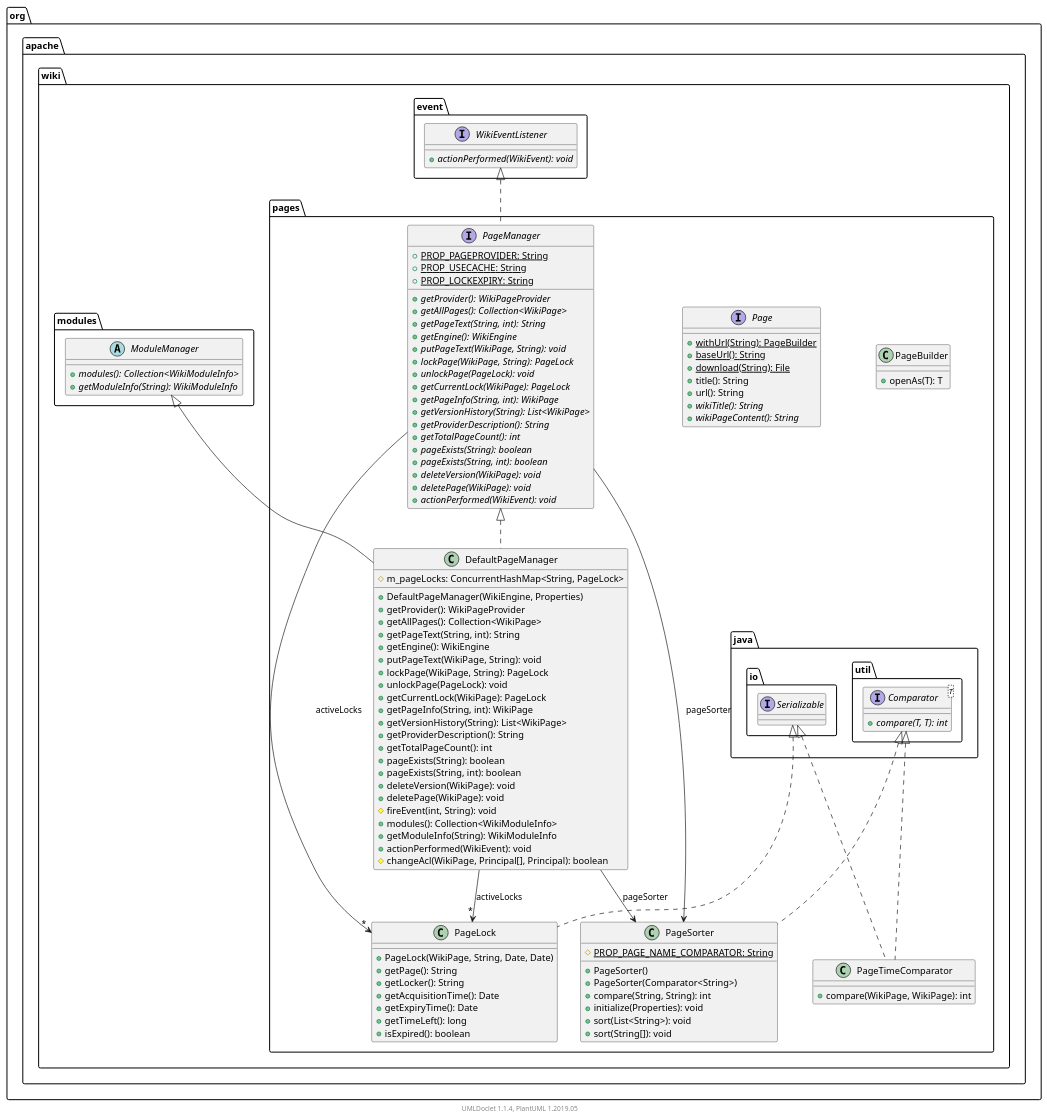
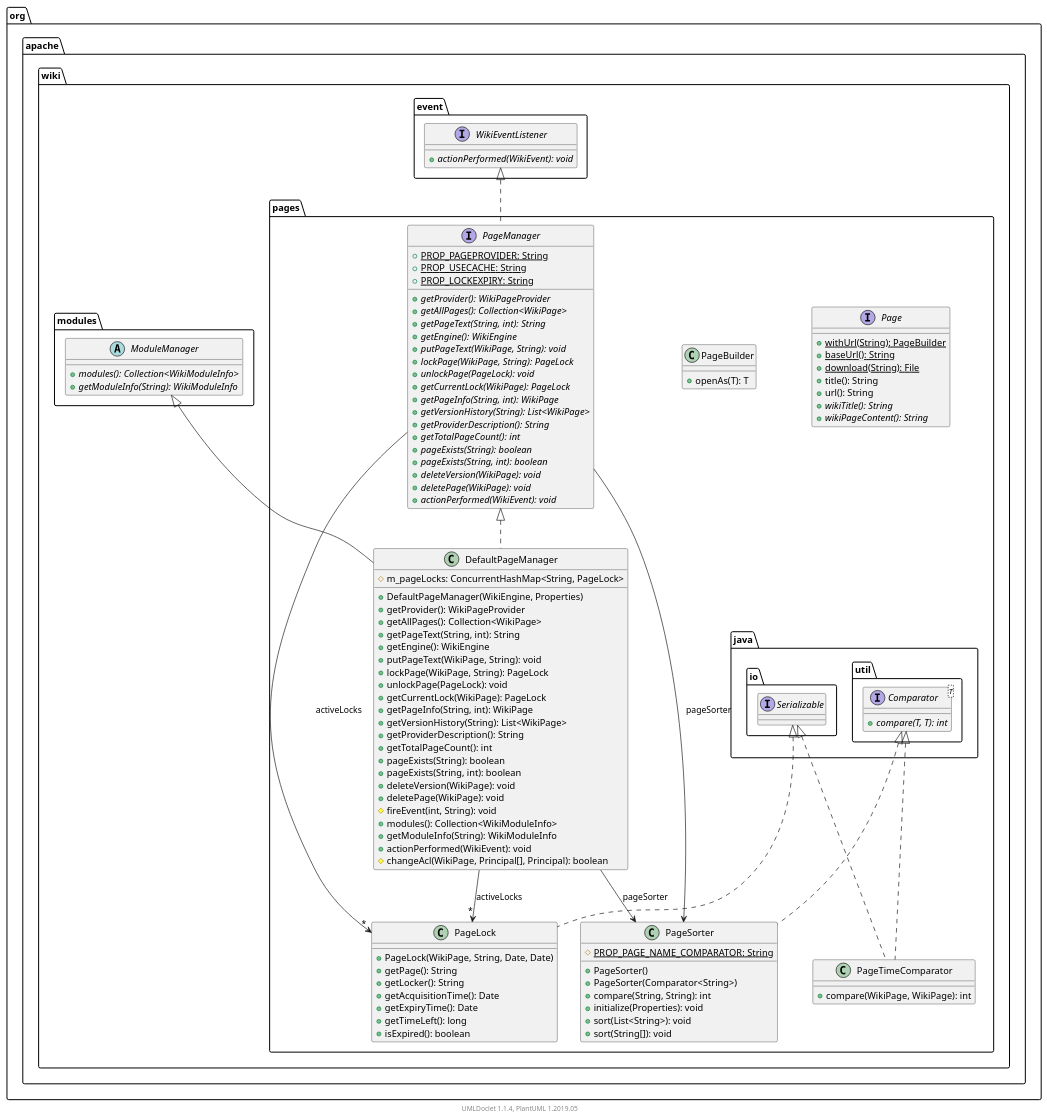
One commit to apache/jspwiki-site changed the diagram in apidocs/2.11.0.M7-SNAPSHOT/org/apache/wiki/pages/package.puml. Above: the diagram before and after it, drawn with PlantUML. The commit also changed other lines of this file and 1163 other files, not shown here.

```diff
--- a/apidocs/2.11.0.M7-SNAPSHOT/org/apache/wiki/pages/package.puml
+++ b/apidocs/2.11.0.M7-SNAPSHOT/org/apache/wiki/pages/package.puml
@@ -1,129 +1,129 @@
 @startuml
 
     namespace org.apache.wiki.pages {
-
-        class PageBuilder [[PageBuilder.html]] {
-            +openAs(T): T
-        }
 
         interface Page [[Page.html]] {
             {static} +withUrl(String): PageBuilder
             {static} +baseUrl(): String
             {static} +download(String): File
             +title(): String
             +url(): String
             {abstract} +wikiTitle(): String
             {abstract} +wikiPageContent(): String
         }
 
-        class PageLock [[PageLock.html]] {
-            +PageLock(WikiPage, String, Date, Date)
-            +getPage(): String
-            +getLocker(): String
-            +getAcquisitionTime(): Date
-            +getExpiryTime(): Date
-            +getTimeLeft(): long
-            +isExpired(): boolean
+        class PageBuilder [[PageBuilder.html]] {
+            +openAs(T): T
         }
 
         interface PageManager [[PageManager.html]] {
             {static} +PROP_PAGEPROVIDER: String
             {static} +PROP_USECACHE: String
             {static} +PROP_LOCKEXPIRY: String
             {abstract} +getProvider(): WikiPageProvider
             {abstract} +getAllPages(): Collection<WikiPage>
             {abstract} +getPageText(String, int): String
             {abstract} +getEngine(): WikiEngine
             {abstract} +putPageText(WikiPage, String): void
             {abstract} +lockPage(WikiPage, String): PageLock
             {abstract} +unlockPage(PageLock): void
             {abstract} +getCurrentLock(WikiPage): PageLock
             {abstract} +getPageInfo(String, int): WikiPage
             {abstract} +getVersionHistory(String): List<WikiPage>
             {abstract} +getProviderDescription(): String
             {abstract} +getTotalPageCount(): int
             {abstract} +pageExists(String): boolean
             {abstract} +pageExists(String, int): boolean
             {abstract} +deleteVersion(WikiPage): void
             {abstract} +deletePage(WikiPage): void
             {abstract} +actionPerformed(WikiEvent): void
         }
 
-        class PageSorter [[PageSorter.html]] {
-            {static} #PROP_PAGE_NAME_COMPARATOR: String
-            +PageSorter()
-            +PageSorter(Comparator<String>)
-            +compare(String, String): int
-            +initialize(Properties): void
-            +sort(List<String>): void
-            +sort(String[]): void
-        }
-
-        class PageTimeComparator [[PageTimeComparator.html]] {
-            +compare(WikiPage, WikiPage): int
+        class PageLock [[PageLock.html]] {
+            +PageLock(WikiPage, String, Date, Date)
+            +getPage(): String
+            +getLocker(): String
+            +getAcquisitionTime(): Date
+            +getExpiryTime(): Date
+            +getTimeLeft(): long
+            +isExpired(): boolean
         }
 
         class DefaultPageManager [[DefaultPageManager.html]] {
             #m_pageLocks: ConcurrentHashMap<String, PageLock>
             +DefaultPageManager(WikiEngine, Properties)
             +getProvider(): WikiPageProvider
             +getAllPages(): Collection<WikiPage>
             +getPageText(String, int): String
             +getEngine(): WikiEngine
             +putPageText(WikiPage, String): void
             +lockPage(WikiPage, String): PageLock
             +unlockPage(PageLock): void
             +getCurrentLock(WikiPage): PageLock
             +getPageInfo(String, int): WikiPage
             +getVersionHistory(String): List<WikiPage>
             +getProviderDescription(): String
             +getTotalPageCount(): int
             +pageExists(String): boolean
             +pageExists(String, int): boolean
             +deleteVersion(WikiPage): void
             +deletePage(WikiPage): void
             #fireEvent(int, String): void
             +modules(): Collection<WikiModuleInfo>
             +getModuleInfo(String): WikiModuleInfo
             +actionPerformed(WikiEvent): void
             #changeAcl(WikiPage, Principal[], Principal): boolean
         }
 
-        interface java.io.Serializable
-        java.io.Serializable <|.. PageLock
+        class PageSorter [[PageSorter.html]] {
+            {static} #PROP_PAGE_NAME_COMPARATOR: String
+            +PageSorter()
+            +PageSorter(Comparator<String>)
+            +compare(String, String): int
+            +initialize(Properties): void
+            +sort(List<String>): void
+            +sort(String[]): void
+        }
+
+        class PageTimeComparator [[PageTimeComparator.html]] {
+            +compare(WikiPage, WikiPage): int
+        }
 
         interface org.apache.wiki.event.WikiEventListener {
             {abstract} +actionPerformed(WikiEvent): void
         }
         org.apache.wiki.event.WikiEventListener <|.. PageManager
+
+        interface java.io.Serializable
+        java.io.Serializable <|.. PageLock
+
+        abstract class org.apache.wiki.modules.ModuleManager {
+            {abstract} +modules(): Collection<WikiModuleInfo>
+            {abstract} +getModuleInfo(String): WikiModuleInfo
+        }
+        org.apache.wiki.modules.ModuleManager <|-- DefaultPageManager
+
+        PageManager <|.. DefaultPageManager
 
         interface java.util.Comparator<T> {
             {abstract} +compare(T, T): int
         }
         java.util.Comparator <|.. PageSorter
 
         java.util.Comparator <|.. PageTimeComparator
 
         java.io.Serializable <|.. PageTimeComparator
-
-        abstract class org.apache.wiki.modules.ModuleManager {
-            {abstract} +modules(): Collection<WikiModuleInfo>
-            {abstract} +getModuleInfo(String): WikiModuleInfo
-        }
-        org.apache.wiki.modules.ModuleManager <|-- DefaultPageManager
-
-        PageManager <|.. DefaultPageManager
 
         PageManager --> "*" PageLock: activeLocks
 
         PageManager --> PageSorter: pageSorter
 
         DefaultPageManager --> "*" PageLock: activeLocks
 
         DefaultPageManager --> PageSorter: pageSorter
 
     }
 
 
     center footer UMLDoclet 1.1.4, PlantUML 1.2019.05
 @enduml
```
